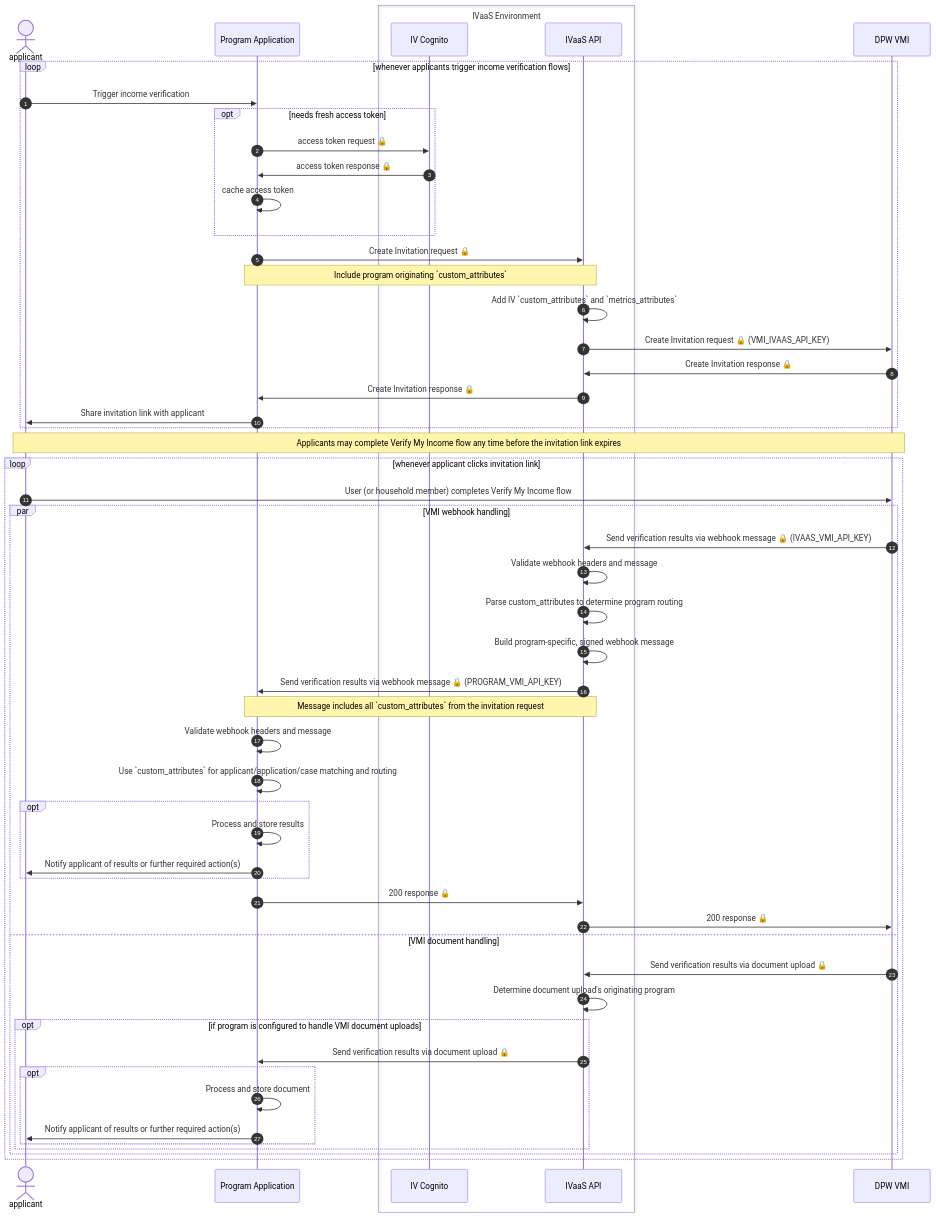
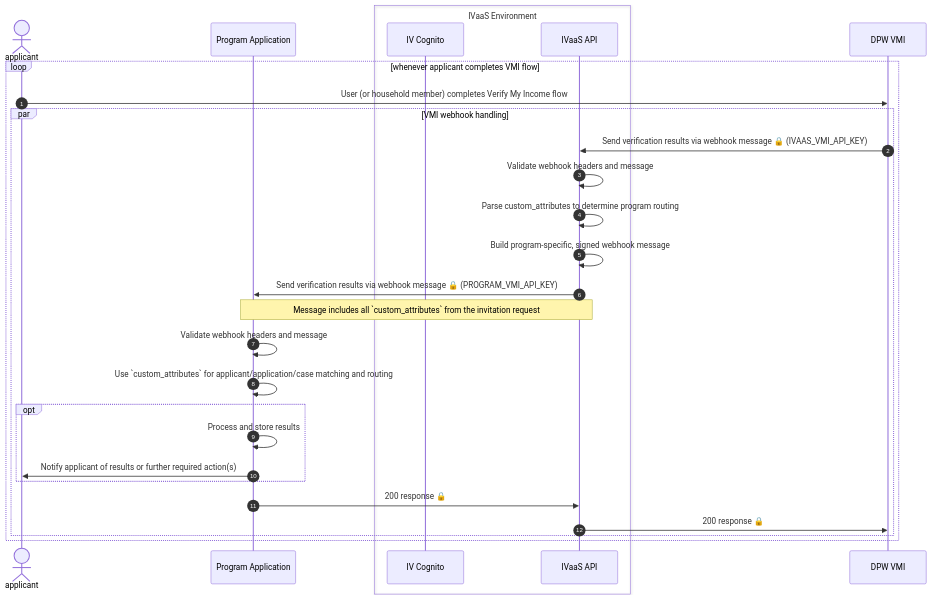
One commit to coloradodigitalservice/ivaas changed the second of 3 diagrams in income-verification-api/packages/adapters/dpw-vmi/docs/data-flow.md. Above: the diagram before and after it, drawn with Mermaid. The commit also changed other lines of this file, not shown here.

Commit message:
Split Data Flow into Pilot and longer-term phases. Split into individual diagrams per process/event

````diff
--- a/income-verification-api/packages/adapters/dpw-vmi/docs/data-flow.md
+++ b/income-verification-api/packages/adapters/dpw-vmi/docs/data-flow.md
@@ -21,68 +62,35 @@
 ```mermaid
-sequenceDiagram
+    sequenceDiagram
     autonumber
 
     actor applicant
     participant programApp as Program Application
     box IVaaS Environment
         participant cognito as IV Cognito
         participant api as IVaaS API
     end
     participant vmi as DPW VMI
-
-    loop whenever applicants trigger income verification flows
-        applicant->>programApp: Trigger income verification
-
-        opt needs fresh access token
-            programApp->>cognito: access token request 🔒
-            cognito->>programApp: access token response 🔒
-            programApp->>programApp: cache access token
-        end
-
-        programApp->>api: Create Invitation request 🔒
-        note over programApp,api: Include program originating `custom_attributes`
-        api->>api: Add IV `custom_attributes` and `metrics_attributes`
-        api->>vmi: Create Invitation request 🔒 (VMI_IVAAS_API_KEY)
-        vmi->>api: Create Invitation response 🔒
-        api->>programApp: Create Invitation response 🔒
-
-        programApp->>applicant: Share invitation link with applicant
-    end
-
-    note over applicant,vmi: Applicants may complete Verify My Income flow any time before the invitation link expires
-
-    loop whenever applicant clicks invitation link
+    
+    loop whenever applicant completes VMI flow
         applicant->>vmi: User (or household member) completes Verify My Income flow
 
         par VMI webhook handling
             vmi->>api: Send verification results via webhook message 🔒 (IVAAS_VMI_API_KEY)
             api->>api: Validate webhook headers and message
             api->>api: Parse custom_attributes to determine program routing
             api->>api: Build program-specific, signed webhook message
             api->>programApp: Send verification results via webhook message 🔒 (PROGRAM_VMI_API_KEY)
             note over programApp,api: Message includes all `custom_attributes` from the invitation request
             programApp->>programApp: Validate webhook headers and message
             programApp->>programApp: Use `custom_attributes` for applicant/application/case matching and routing
 
             opt
                 programApp->>programApp: Process and store results
                 programApp->>applicant: Notify applicant of results or further required action(s)
             end
 
             programApp->>api: 200 response 🔒
             api->>vmi: 200 response 🔒
-        and VMI document handling
-            vmi->>api: Send verification results via document upload 🔒
-            api->>api: Determine document upload's originating program
-
-            opt if program is configured to handle VMI document uploads
-                api->>programApp: Send verification results via document upload 🔒
-
-                opt
-                    programApp->>programApp: Process and store document
-                    programApp->>applicant: Notify applicant of results or further required action(s)
-                end
-            end
         end
-    end
+   end
 ```
````
